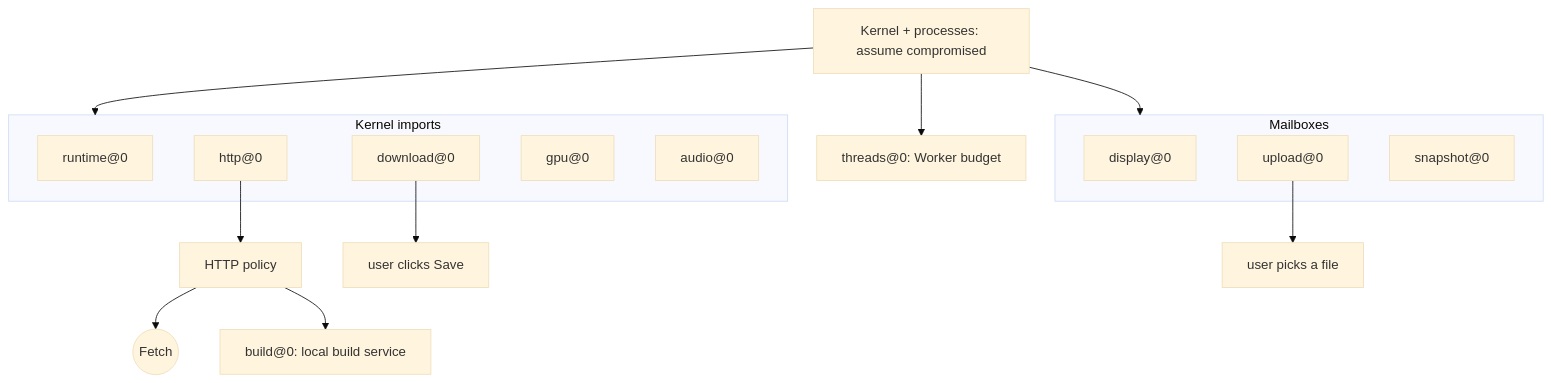
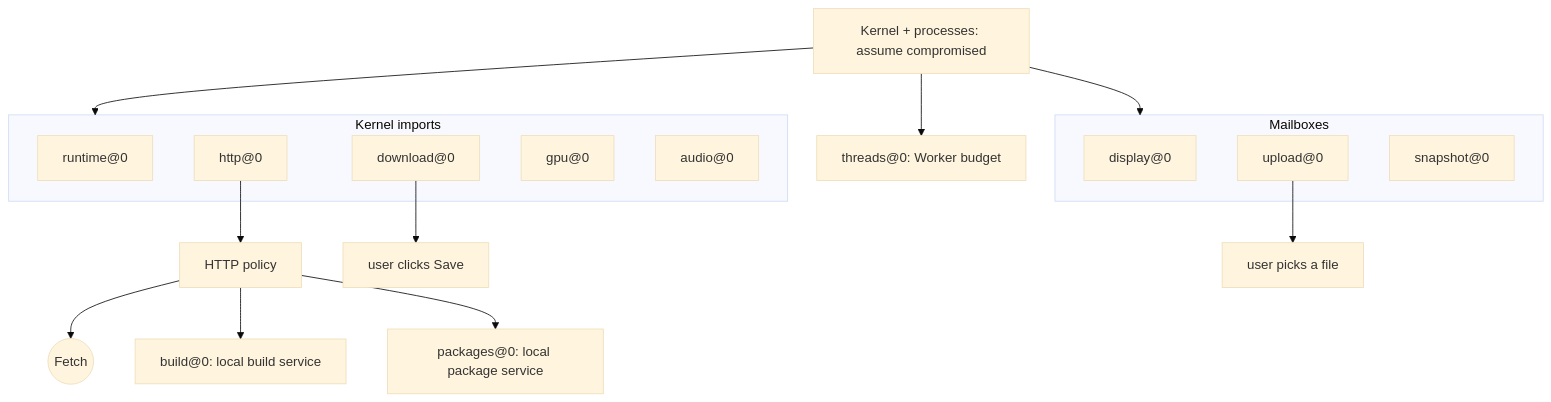
One commit to daugasauron/dolly changed the diagram in docs/browser-boundary.md. Above: the diagram before and after it, drawn with Mermaid (base theme). The commit also changed other lines of this file and 34 other files, not shown here.

````diff
--- a/docs/browser-boundary.md
+++ b/docs/browser-boundary.md
@@ -13,25 +13,26 @@
 ```mermaid
 flowchart TB
   guest["Kernel + processes: assume compromised"]
   subgraph imports["Kernel imports"]
     rt["runtime@0"]
     http["http@0"]
     dl["download@0"]
     gpu["gpu@0"]
     au["audio@0"]
   end
   subgraph mailboxes["Mailboxes"]
     disp["display@0"]
     up["upload@0"]
     snap["snapshot@0"]
   end
   th["threads@0: Worker budget"]
   guest --> imports
   guest --> mailboxes
   guest --> th
   http --> policy["HTTP policy"]
   policy --> fetch(("Fetch"))
   policy --> build["build@0: local build service"]
+  policy --> packages["packages@0: local package service"]
   dl --> save["user clicks Save"]
   up --> picker["user picks a file"]
 ```
````
